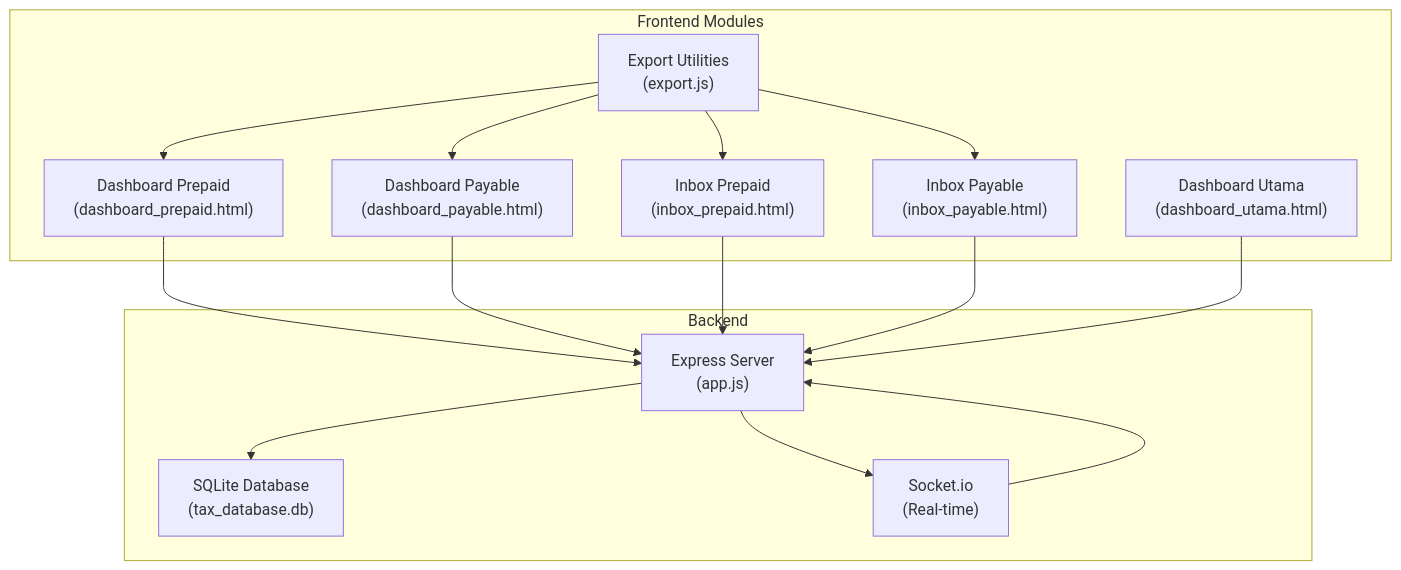
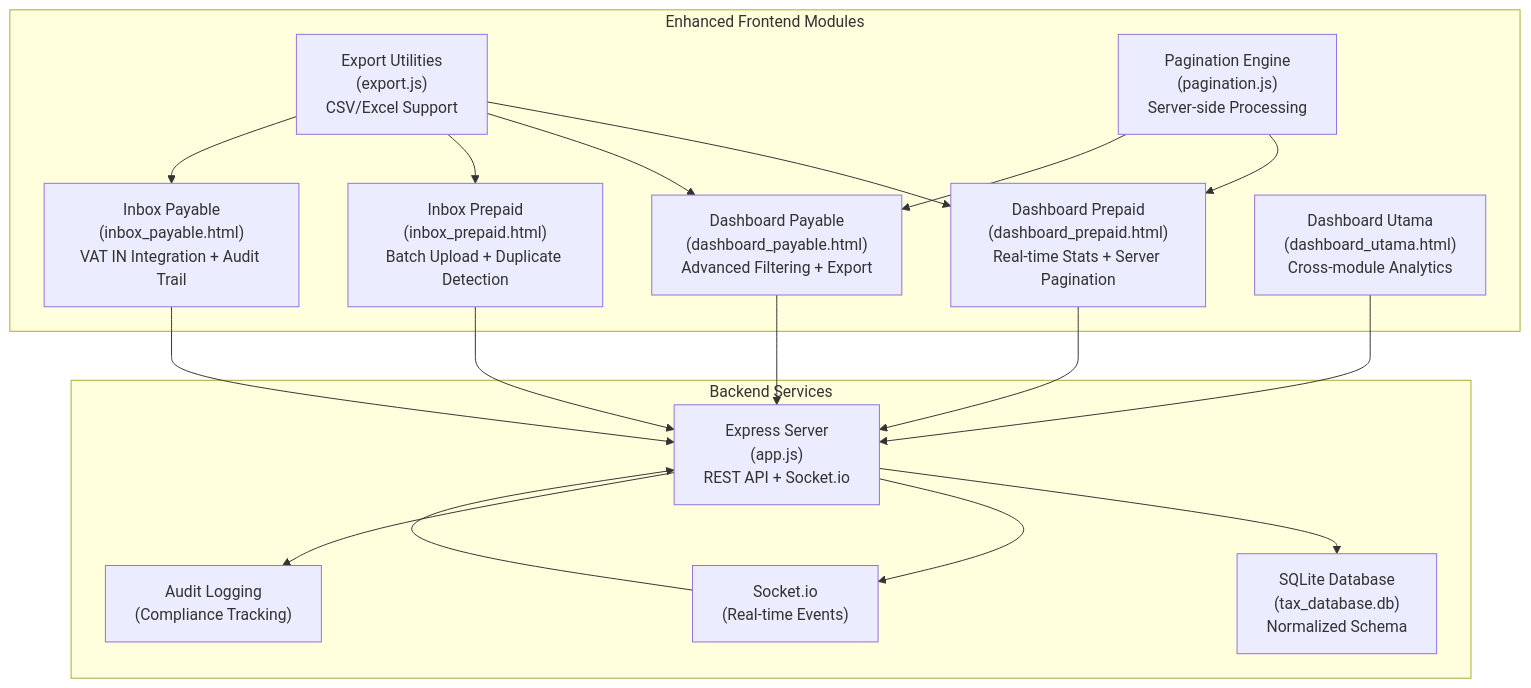
Before and after one commit to rendisiagian/TDS_by_RENDISIAGIAN: the first of 7 diagrams in .qoder/repowiki/en/content/Tax Deducted at Source (TDS) System/Tax Deducted at Source (TDS) System.md, drawn with Mermaid. The commit also changed other lines of this file and 96 other files, not shown here.

````diff
--- a/.qoder/repowiki/en/content/Tax Deducted at Source (TDS) System/Tax Deducted at Source (TDS) System.md
+++ b/.qoder/repowiki/en/content/Tax Deducted at Source (TDS) System/Tax Deducted at Source (TDS) System.md
@@ -39,28 +51,33 @@
 ```mermaid
 graph TB
-subgraph "Frontend Modules"
-D1["Dashboard Prepaid<br/>(dashboard_prepaid.html)"]
-D2["Dashboard Payable<br/>(dashboard_payable.html)"]
-I1["Inbox Prepaid<br/>(inbox_prepaid.html)"]
-I2["Inbox Payable<br/>(inbox_payable.html)"]
-DU["Dashboard Utama<br/>(dashboard_utama.html)"]
-EX["Export Utilities<br/>(export.js)"]
+subgraph "Enhanced Frontend Modules"
+D1["Dashboard Prepaid<br/>(dashboard_prepaid.html)<br/>Real-time Stats + Server Pagination"]
+D2["Dashboard Payable<br/>(dashboard_payable.html)<br/>Advanced Filtering + Export"]
+I1["Inbox Prepaid<br/>(inbox_prepaid.html)<br/>Batch Upload + Duplicate Detection"]
+I2["Inbox Payable<br/>(inbox_payable.html)<br/>VAT IN Integration + Audit Trail"]
+DU["Dashboard Utama<br/>(dashboard_utama.html)<br/>Cross-module Analytics"]
+EX["Export Utilities<br/>(export.js)<br/>CSV/Excel Support"]
+PG["Pagination Engine<br/>(pagination.js)<br/>Server-side Processing"]
 end
-subgraph "Backend"
-APP["Express Server<br/>(app.js)"]
-DB["SQLite Database<br/>(tax_database.db)"]
-WS["Socket.io<br/>(Real-time)"]
+subgraph "Backend Services"
+APP["Express Server<br/>(app.js)<br/>REST API + Socket.io"]
+DB["SQLite Database<br/>(tax_database.db)<br/>Normalized Schema"]
+WS["Socket.io<br/>(Real-time Events)"]
+AUDIT["Audit Logging<br/>(Compliance Tracking)"]
 end
 D1 --> APP
 D2 --> APP
 I1 --> APP
 I2 --> APP
 DU --> APP
 EX --> D1
 EX --> D2
 EX --> I1
 EX --> I2
+PG --> D1
+PG --> D2
 APP --> DB
 APP --> WS
+APP --> AUDIT
 WS --> APP
 ```
````
